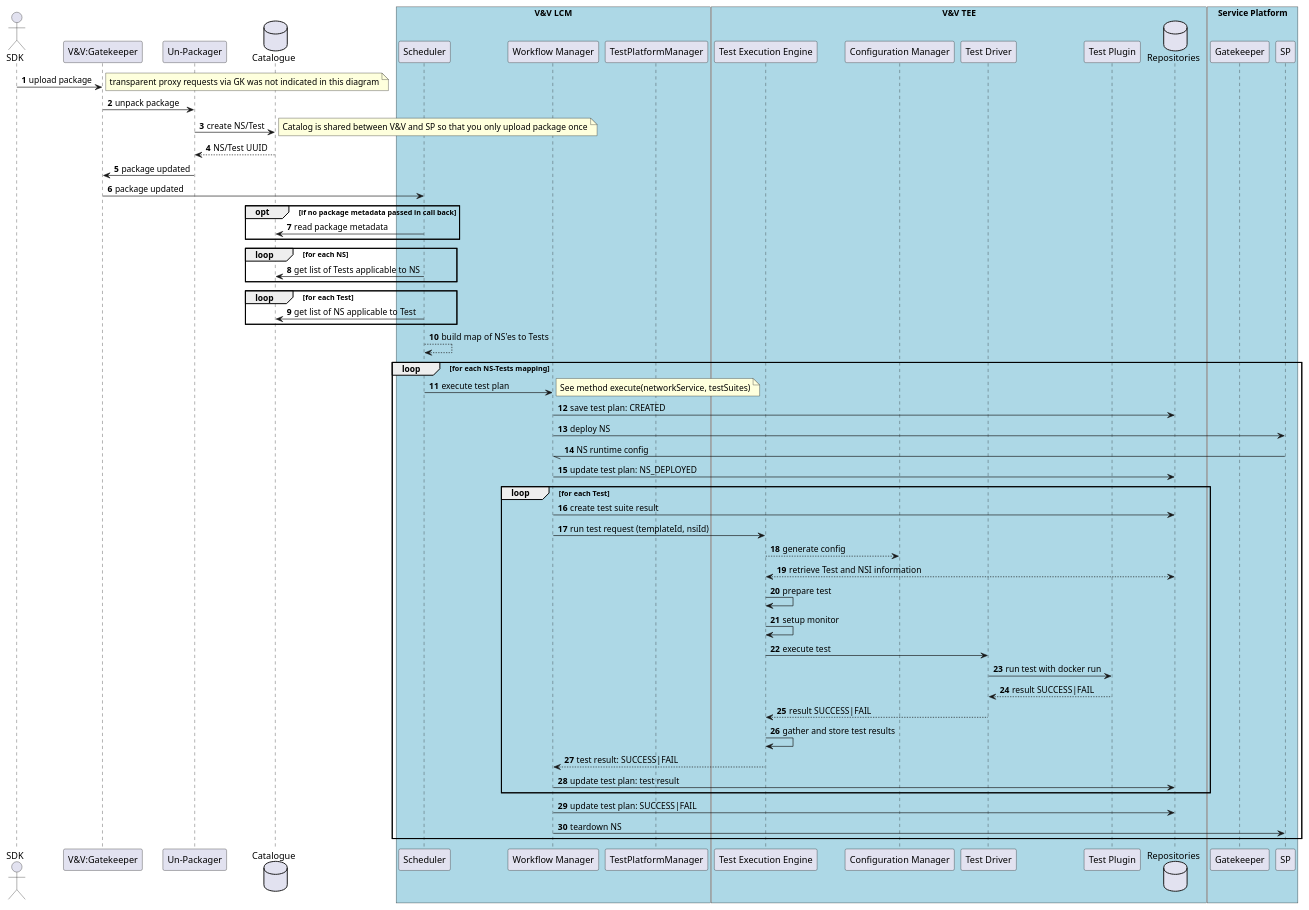
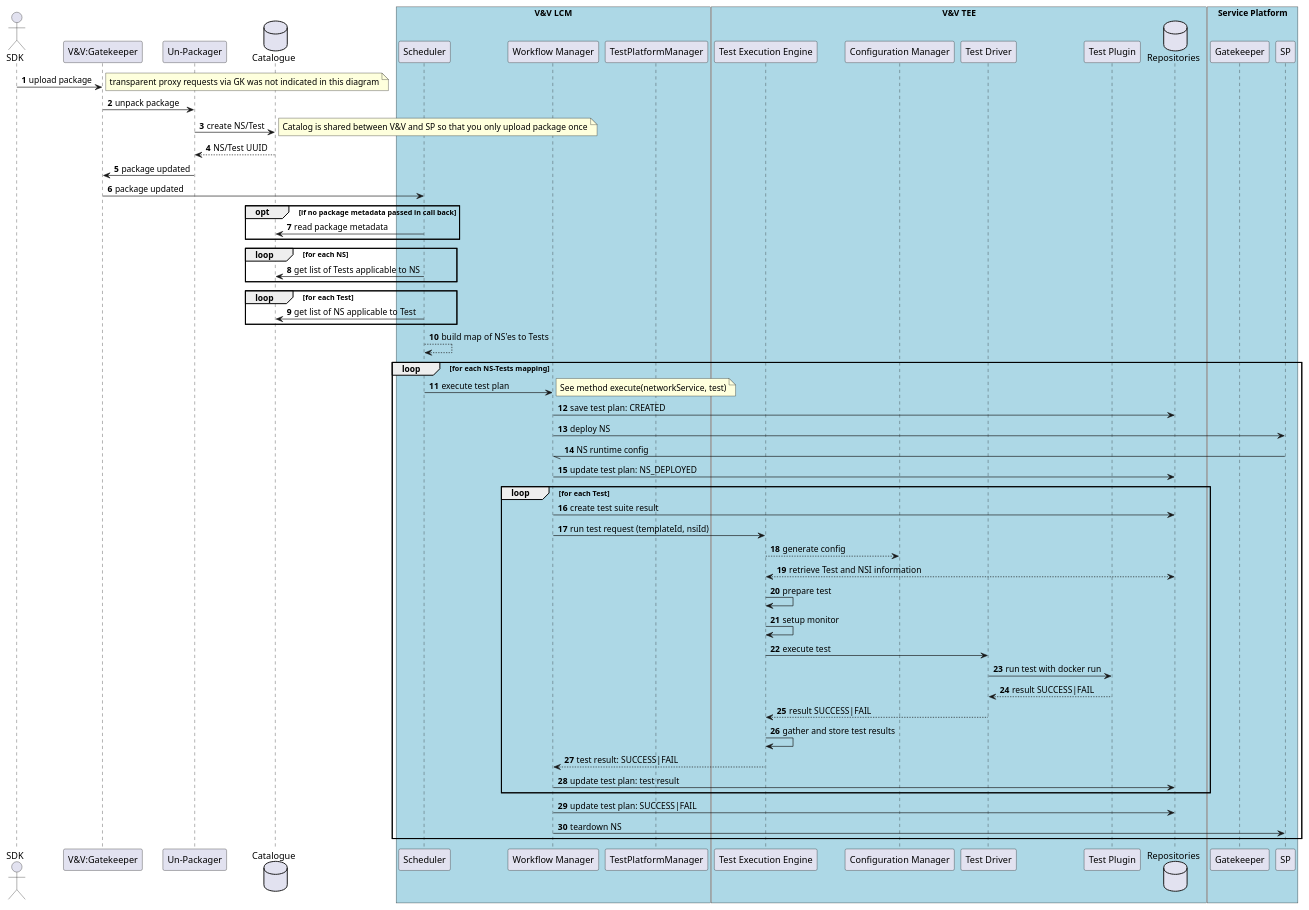
One commit to sonata-nfv/tng-vnv-planner changed the diagram in src/docs/developer-guide/extensions/overview/vnv_workflow_sequence_current.adoc. Above: the diagram before and after it, drawn with PlantUML. The commit also changed 41 other files, not shown here.

Commit message:
a) refactoring planner architecture and old classes b) disable tests besides the test of swagger

```diff
--- a/src/docs/developer-guide/extensions/overview/vnv_workflow_sequence_current.adoc
+++ b/src/docs/developer-guide/extensions/overview/vnv_workflow_sequence_current.adoc
@@ -37,82 +37,82 @@
 [plantuml,tng-vnv-lcm]
 ----
 
 @startuml
 autonumber
 
 actor "SDK" as SDK
 participant "V&V:Gatekeeper" as GKofVNV
 participant "Un-Packager" as PKG
 database "Catalogue" as CAT
 box "V&V LCM" #LightBlue
     participant "Scheduler" as Scheduler
     participant "Workflow Manager" as WFMGR
     participant "TestPlatformManager" as TPMGR
 '     database "Local Catalogue" as LOCAT
 '     todo we need to add the flows around the LOCAT above
 end box
 
 box "V&V TEE" #LightBlue
     participant "Test Execution Engine" as TEE
     participant "Configuration Manager" as TEECM
     participant "Test Driver" as TEETD
     participant "Test Plugin" as TEETP
     database "Repositories" as TRR
 end box
 
 box "Service Platform" #LightBlue
     participant "Gatekeeper" as GKofSP
     participant "SP" as SP
 end box
 
 SDK -> GKofVNV : upload package
 note right : transparent proxy requests via GK was not indicated in this diagram
 GKofVNV -> PKG : unpack package
 PKG -> CAT : create NS/Test
 note right : Catalog is shared between V&V and SP so that you only upload package once
 CAT --> PKG : NS/Test UUID
 PKG -> GKofVNV : package updated
 
 GKofVNV -> Scheduler : package updated
 opt if no package metadata passed in call back
     'Scheduler.discoverAssociatedNssAndTests(PackageMetadata packageMetadata)
     Scheduler -> CAT : read package metadata
 end
 loop for each NS
       Scheduler -> CAT : get list of Tests applicable to NS
 end
 loop for each Test
       Scheduler -> CAT : get list of NS applicable to Test
 end
 Scheduler --> Scheduler : build map of NS'es to Tests
 
 
 loop for each NS-Tests mapping
         Scheduler -> WFMGR : execute test plan
-note right : See method execute(networkService, testSuites)
+note right : See method execute(networkService, test)
         WFMGR -> TRR : save test plan: CREATED
         WFMGR -> SP : deploy NS
         WFMGR \\- SP : NS runtime config
         WFMGR -> TRR : update test plan: NS_DEPLOYED
         loop for each Test
               WFMGR -> TRR : create test suite result
               WFMGR -> TEE : run test request (templateId, nsiId)
               TEE -->TEECM : generate config
               TEE <--> TRR : retrieve Test and NSI information
               TEE -> TEE : prepare test
               TEE -> TEE : setup monitor
               TEE -> TEETD : execute test
               TEETD -> TEETP : run test with docker run
               TEETD <-- TEETP : result SUCCESS|FAIL
               TEETD --> TEE : result SUCCESS|FAIL
               TEE -> TEE : gather and store test results
               TEE --> WFMGR : test result: SUCCESS|FAIL
               WFMGR -> TRR : update test plan: test result
         end
         WFMGR -> TRR : update test plan: SUCCESS|FAIL
         WFMGR -> SP : teardown NS
 end
 
 @enduml
 
 ----
```
